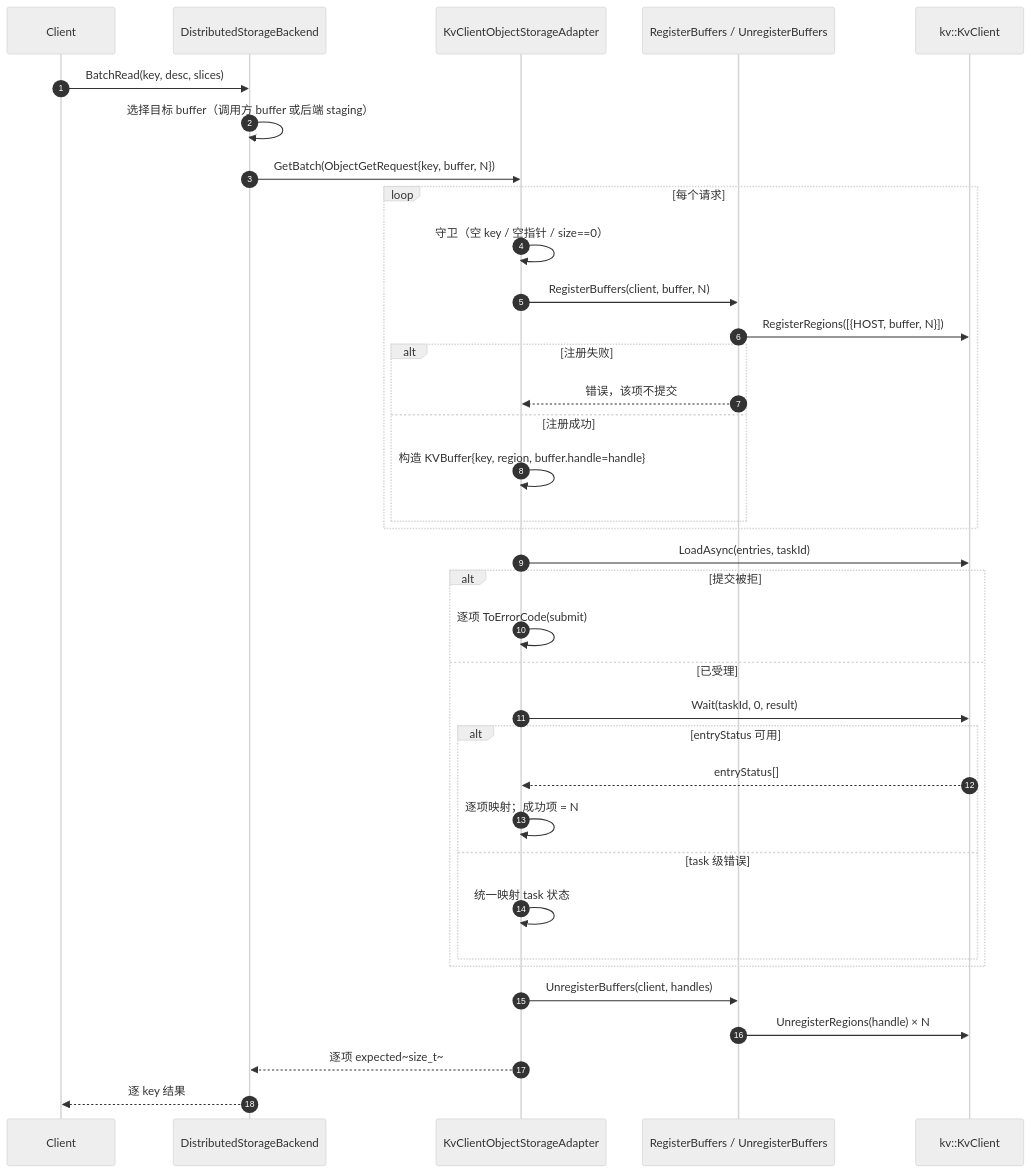
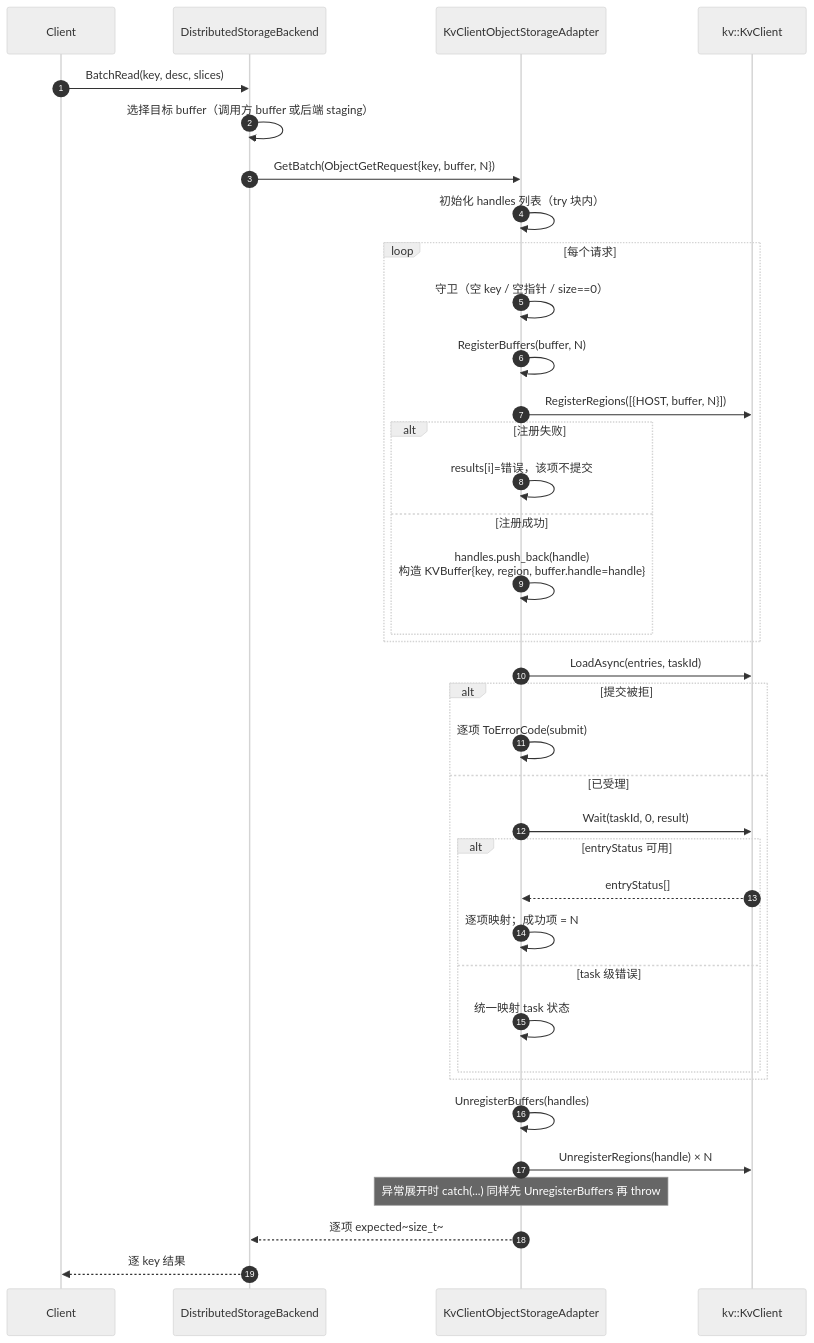
Before and after one commit to zwj20000328-dotcom/Mooncake-documents: the seventh of 11 diagrams in Mooncake + KVClient L3 接入（Kvcs）- PR 实施设计.md, drawn with Mermaid (neutral theme). The commit also changed other lines of this file and 1 other file, not shown here.

First line of the commit message:
docs: make kvclient buffer registration adapter members

````diff
--- a/Mooncake + KVClient L3 接入（Kvcs）- PR 实施设计.md
+++ b/Mooncake + KVClient L3 接入（Kvcs）- PR 实施设计.md
@@ -755,39 +757,40 @@
 ```mermaid
 sequenceDiagram
     autonumber
     participant C as Client
     participant BE as DistributedStorageBackend
     participant AD as KvClientObjectStorageAdapter
-    participant RB as RegisterBuffers / UnregisterBuffers
     participant SDK as kv::KvClient
 
     C->>BE: BatchRead(key, desc, slices)
     BE->>BE: 选择目标 buffer（调用方 buffer 或后端 staging）
     BE->>AD: GetBatch(ObjectGetRequest{key, buffer, N})
+    AD->>AD: 初始化 handles 列表（try 块内）
     loop 每个请求
         AD->>AD: 守卫（空 key / 空指针 / size==0）
-        AD->>RB: RegisterBuffers(client, buffer, N)
-        RB->>SDK: RegisterRegions([{HOST, buffer, N}])
+        AD->>AD: RegisterBuffers(buffer, N)
+        AD->>SDK: RegisterRegions([{HOST, buffer, N}])
         alt 注册失败
-            RB-->>AD: 错误，该项不提交
+            AD->>AD: results[i]=错误，该项不提交
         else 注册成功
-            AD->>AD: 构造 KVBuffer{key, region, buffer.handle=handle}
+            AD->>AD: handles.push_back(handle)<br/>构造 KVBuffer{key, region, buffer.handle=handle}
         end
     end
     AD->>SDK: LoadAsync(entries, taskId)
     alt 提交被拒
         AD->>AD: 逐项 ToErrorCode(submit)
     else 已受理
         AD->>SDK: Wait(taskId, 0, result)
         alt entryStatus 可用
             SDK-->>AD: entryStatus[]
             AD->>AD: 逐项映射；成功项 = N
         else task 级错误
             AD->>AD: 统一映射 task 状态
         end
     end
-    AD->>RB: UnregisterBuffers(client, handles)
-    RB->>SDK: UnregisterRegions(handle) × N
+    AD->>AD: UnregisterBuffers(handles)
+    AD->>SDK: UnregisterRegions(handle) × N
+    Note over AD: 异常展开时 catch(...) 同样先 UnregisterBuffers 再 throw
     AD-->>BE: 逐项 expected~size_t~
     BE-->>C: 逐 key 结果
 ```
````
